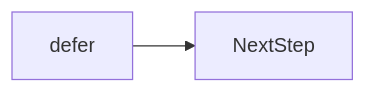
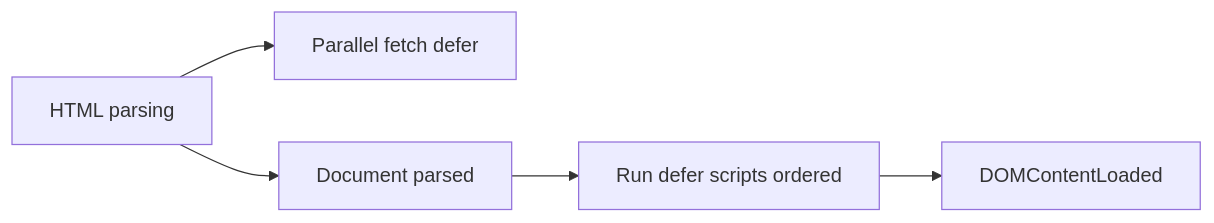
One commit to OmidJavaherii/Frontend-Engineering-Handbook changed the second of 2 diagrams in docs/en/04-html/defer/index.md. Above: the diagram before and after it, drawn with Mermaid. The commit also changed other lines of this file and 461 other files, not shown here.

````diff
--- a/docs/en/04-html/defer/index.md
+++ b/docs/en/04-html/defer/index.md
@@ -96,4 +118,7 @@
 ```mermaid
 flowchart LR
-  concept[defer] --> nextStep[NextStep]
+  Parse[HTML parsing] --> Fetch[Parallel fetch defer]
+  Parse --> Done[Document parsed]
+  Done --> Run[Run defer scripts ordered]
+  Run --> DCL[DOMContentLoaded]
 ```
````
